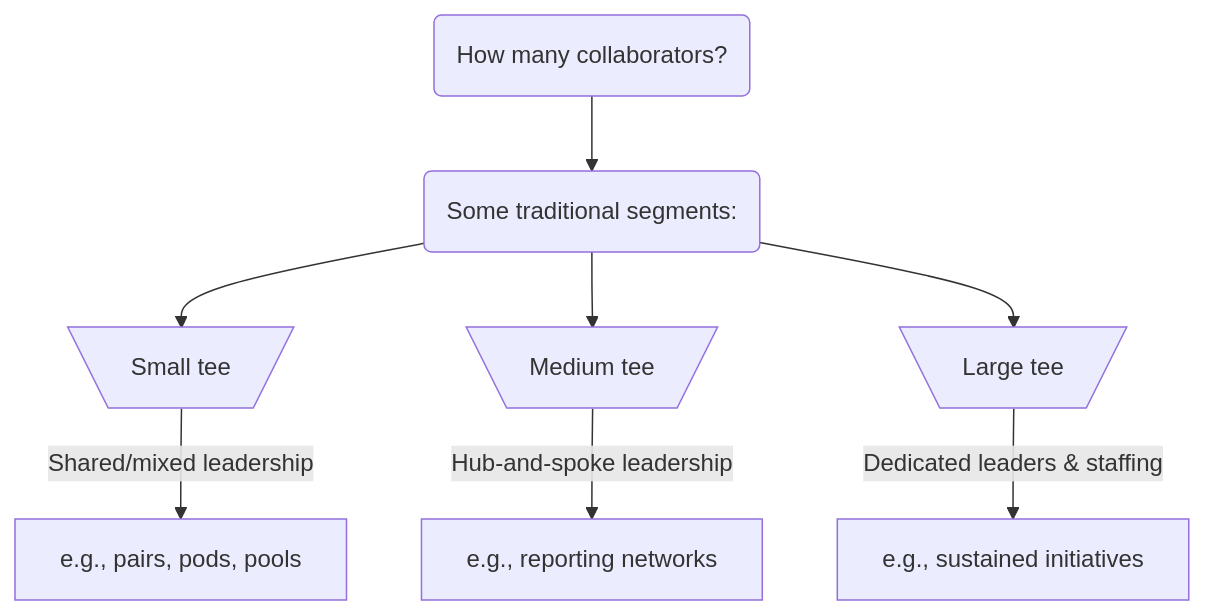
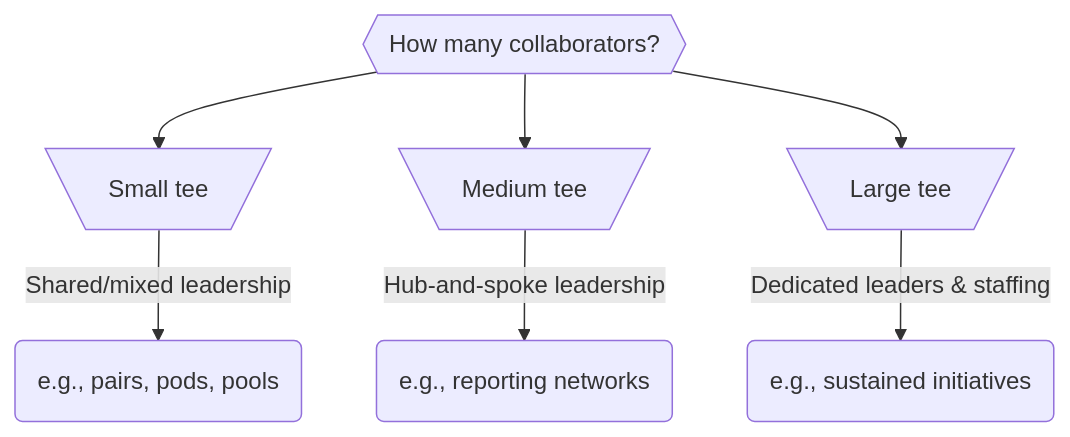
The first of 3 diagrams in docs/README.md (tiffehr/collaboration-capstone), drawn with Mermaid before and after one commit. The commit also changed other lines of this file, not shown here.

```diff
--- a/docs/README.md
+++ b/docs/README.md
@@ -24,10 +24,10 @@
 <div class="mermaid">
 graph TD
-  A(How many collaborators?) --> B(Some traditional segments:)
-    B --> S[\"Small" tee/]
-      S -->|Shared/mixed leadership| sm[e.g., pairs, pods, pools]
-    B --> M[\"Medium" tee/]
-      M -->|Hub-and-spoke leadership| md[e.g., reporting networks]
-    B --> L[\"Large" tee/]
-      L -->|Dedicated leaders & staffing| lg[e.g., sustained initiatives]
+  A{{How many collaborators?}}
+    A --> S[\"Small" tee/]
+      S -->|Shared/mixed leadership| sm(e.g., pairs, pods, pools)
+    A --> M[\"Medium" tee/]
+      M -->|Hub-and-spoke leadership| md(e.g., reporting networks)
+    A --> L[\"Large" tee/]
+      L -->|Dedicated leaders & staffing| lg(e.g., sustained initiatives)
 </div>
```
